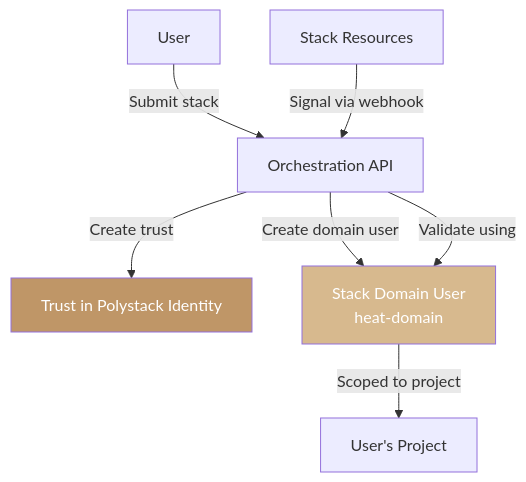
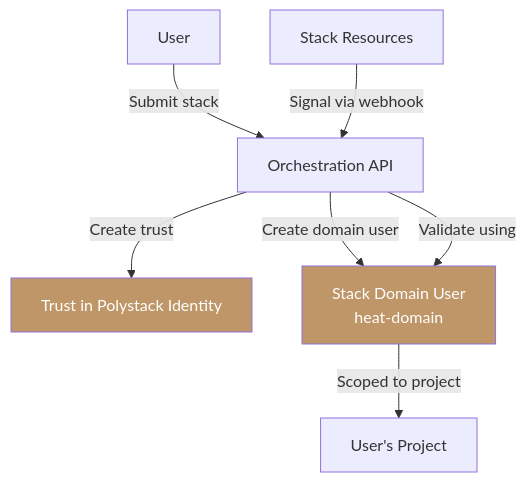
The diagram in services/orchestration/security.mdx (ankur-kumar87/docs-polystack), drawn with Mermaid before and after one commit. The commit also changed other lines of this file and 186 other files, not shown here.

````diff
--- a/services/orchestration/security.mdx
+++ b/services/orchestration/security.mdx
@@ -30,11 +30,11 @@
 ```mermaid
 graph TD
     U[User] -->|Submit stack| API[Orchestration API]
     API -->|Create trust| TRUST[Trust in Polystack Identity]
     API -->|Create domain user| DU[Stack Domain User<br/>heat-domain]
     STACK[Stack Resources] -->|Signal via webhook| API
     API -->|Validate using| DU
     DU -->|Scoped to project| PROJECT[User's Project]
     style TRUST fill:#bf9667,color:#fff
-    style DU fill:#d7b98e,color:#fff
+    style DU fill:#bf9667,color:#fff
 ```
````
